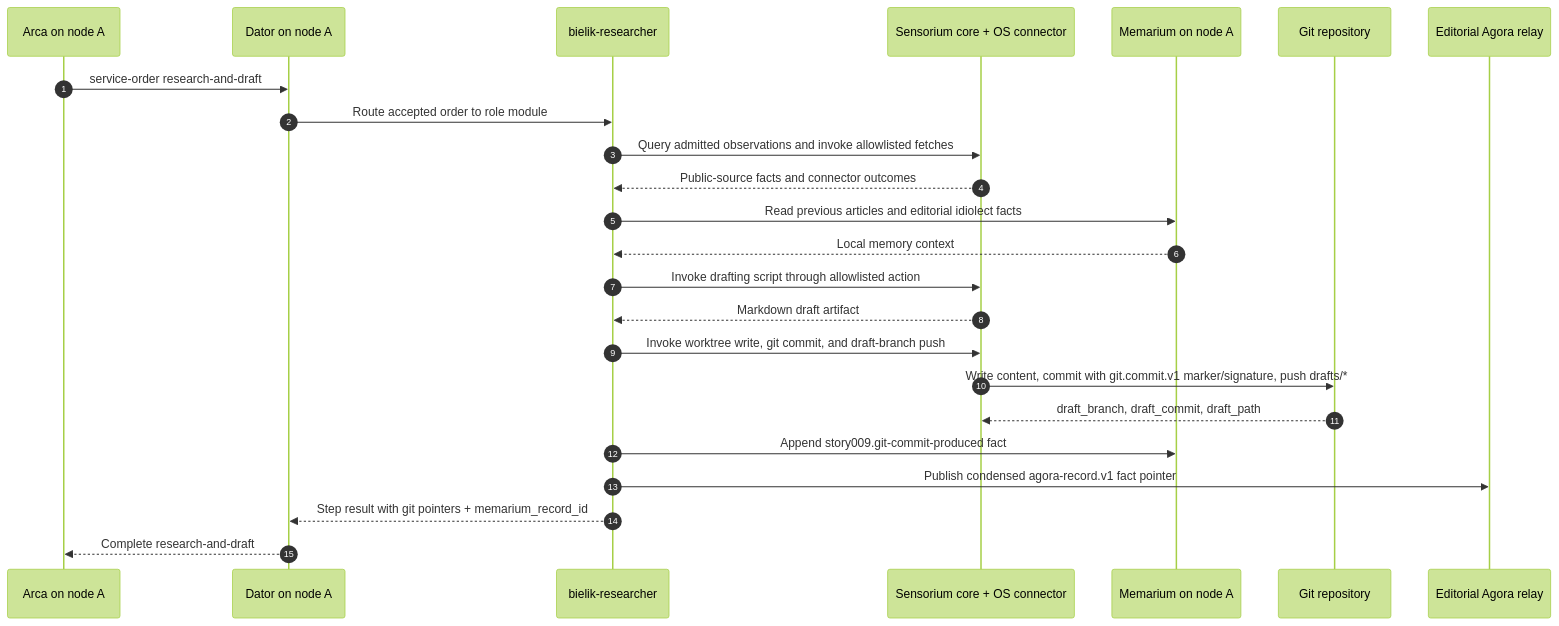
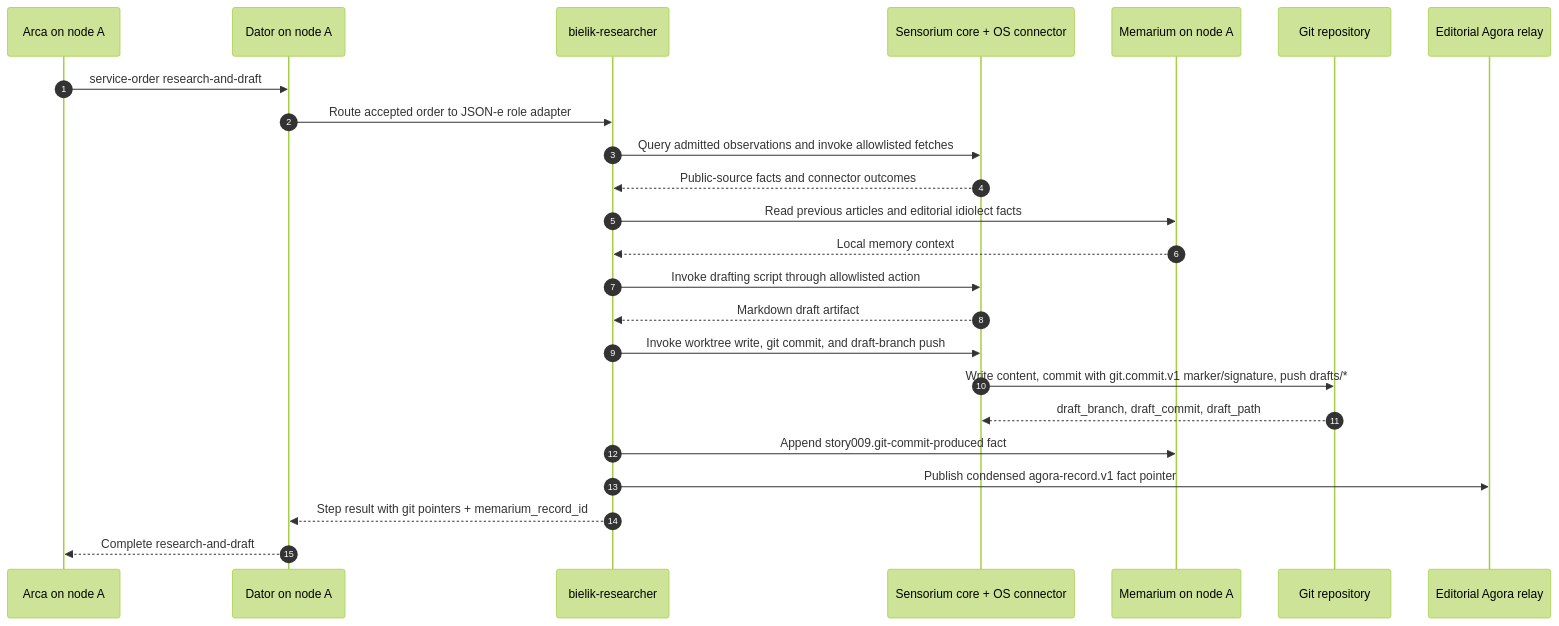
The second of 5 diagrams in doc/project/30-stories/story-009-bielik-blog-arca.md (diapod/orbidocs), drawn with Mermaid (forest theme) before and after one commit. The commit also changed other lines of this file and 9 other files, not shown here.

First line of the commit message:
Document Dator and JSON-e flow story-009 profile

````diff
--- a/doc/project/30-stories/story-009-bielik-blog-arca.md
+++ b/doc/project/30-stories/story-009-bielik-blog-arca.md
@@ -929,27 +948,27 @@
 ```mermaid
 sequenceDiagram
     autonumber
     participant ArcaA as Arca on node A
     participant DatorA as Dator on node A
     participant ResearcherA as bielik-researcher
     participant SensoriumA as Sensorium core + OS connector
     participant MemariumA as Memarium on node A
     participant Git as Git repository
     participant AgoraRelay as Editorial Agora relay
 
     ArcaA->>DatorA: service-order research-and-draft
-    DatorA->>ResearcherA: Route accepted order to role module
+    DatorA->>ResearcherA: Route accepted order to JSON-e role adapter
     ResearcherA->>SensoriumA: Query admitted observations and invoke allowlisted fetches
     SensoriumA-->>ResearcherA: Public-source facts and connector outcomes
     ResearcherA->>MemariumA: Read previous articles and editorial idiolect facts
     MemariumA-->>ResearcherA: Local memory context
     ResearcherA->>SensoriumA: Invoke drafting script through allowlisted action
     SensoriumA-->>ResearcherA: Markdown draft artifact
     ResearcherA->>SensoriumA: Invoke worktree write, git commit, and draft-branch push
     SensoriumA->>Git: Write content, commit with git.commit.v1 marker/signature, push drafts/*
     Git-->>SensoriumA: draft_branch, draft_commit, draft_path
     ResearcherA->>MemariumA: Append story009.git-commit-produced fact
     ResearcherA->>AgoraRelay: Publish condensed agora-record.v1 fact pointer
     ResearcherA-->>DatorA: Step result with git pointers + memarium_record_id
     DatorA-->>ArcaA: Complete research-and-draft
 ```
````
